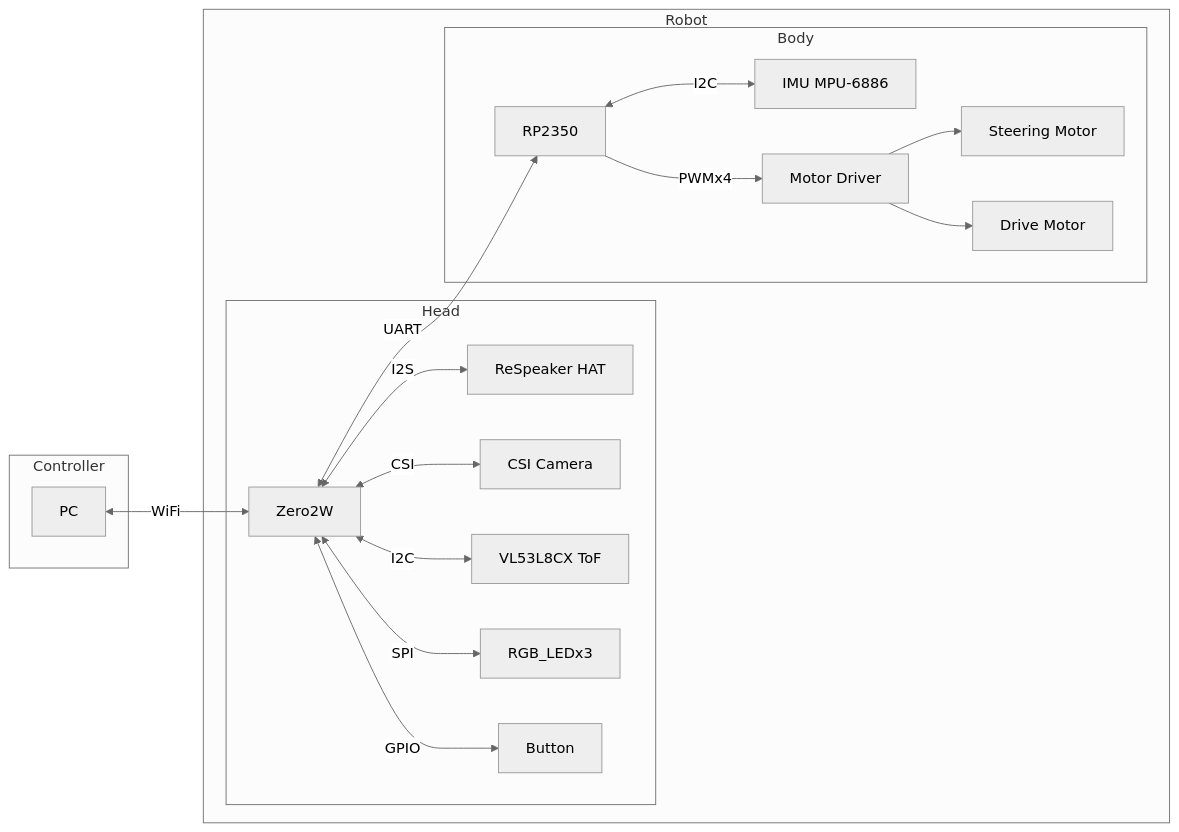
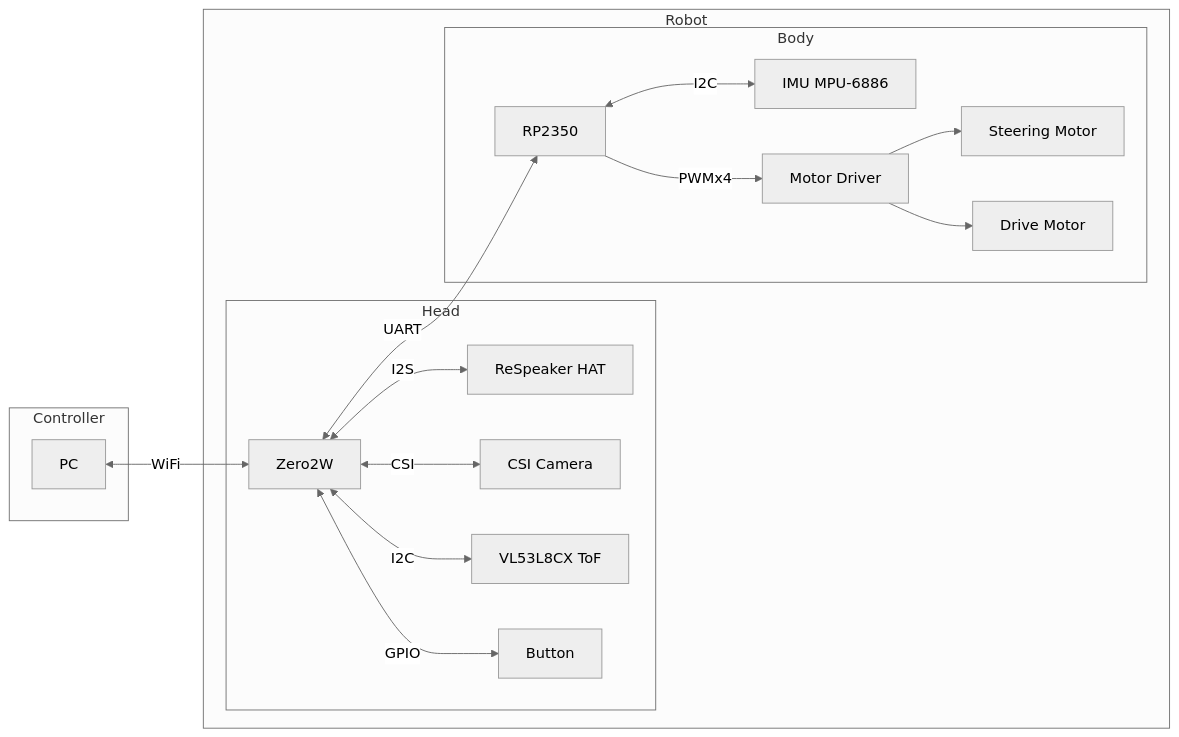
Before and after one commit to cooler276/RobotC: the diagram in Doc/spec.md, drawn with Mermaid (neutral theme). The commit also changed 37 other files, not shown here.

````diff
--- a/Doc/spec.md
+++ b/Doc/spec.md
@@ -30,36 +30,35 @@
 ```mermaid
 graph LR
   subgraph Controller
     PC[PC]
   end
 
   PC <--> |WiFi| Zero
 
   subgraph Robot
     subgraph Head
       Zero[Zero2W]
       ReSpeaker[ReSpeaker HAT]
       Camera[CSI Camera]
       ToF[VL53L8CX ToF]
       Zero <--> |CSI| Camera
       Zero <--> |I2S| ReSpeaker
-      Zero <--> |SPI| RGB_LEDx3
       Zero <--> |GPIO| Button
       Zero <--> |I2C| ToF
     end
 
       Zero -- UART <--> XIAO
 
     subgraph Body
       XIAO[RP2350]
       IMU[IMU MPU-6886]
       MotorDrv[Motor Driver]
       Motor1[Steering Motor]
       Motor2[Drive Motor]
       XIAO <--> |I2C| IMU
       XIAO --> |PWMx4| MotorDrv
       MotorDrv --> Motor1
       MotorDrv --> Motor2
     end
   end
 ```
````
